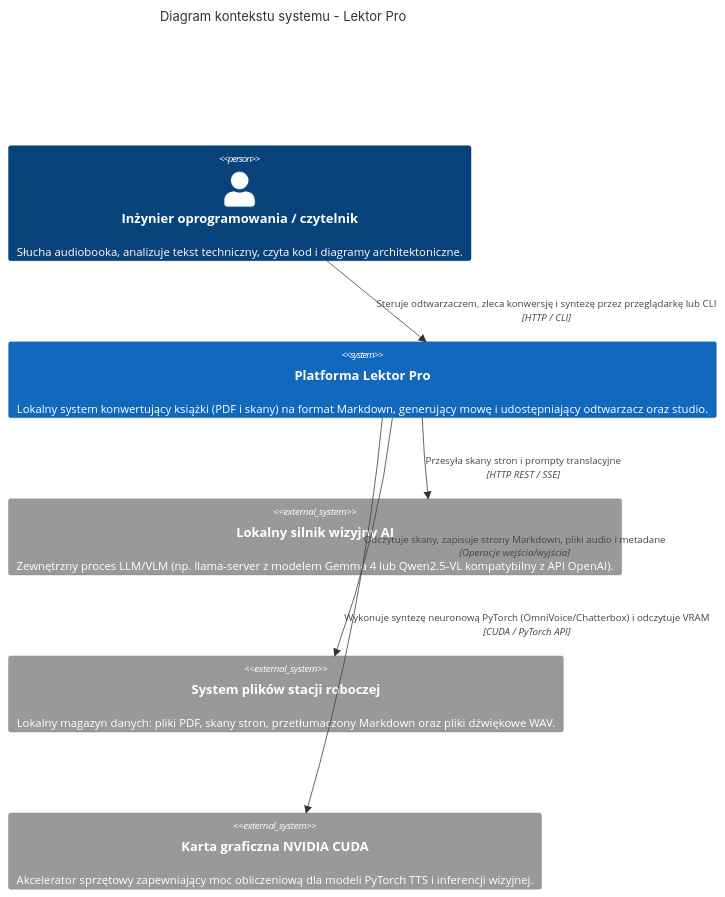
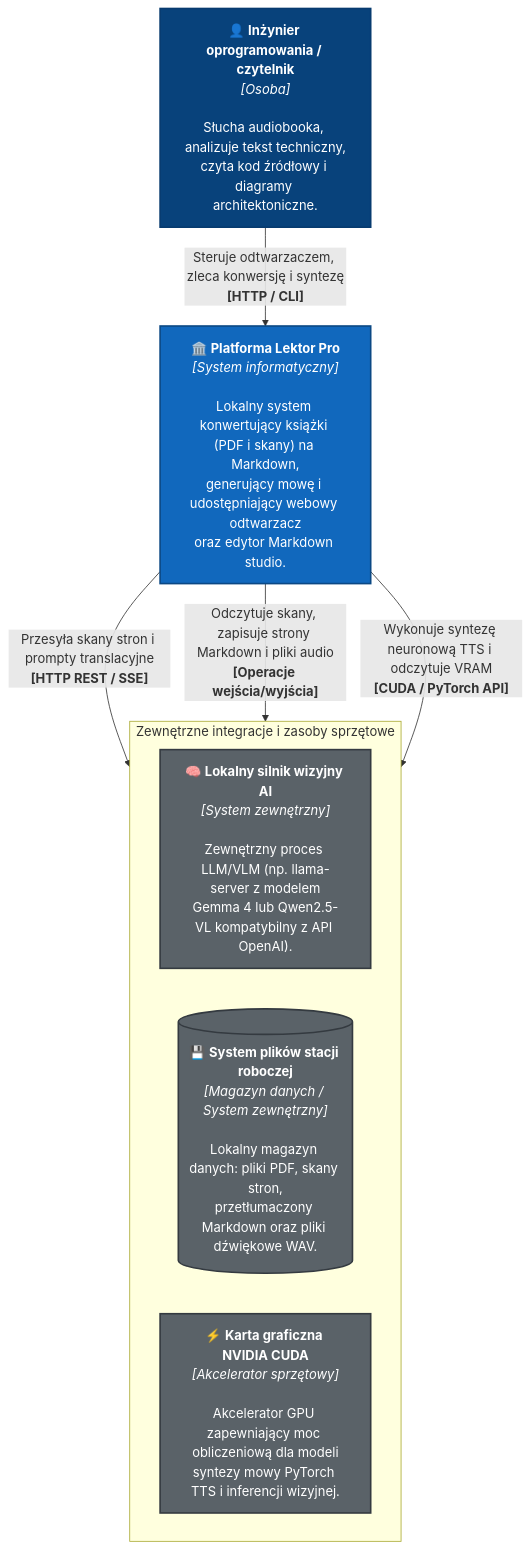
Before and after one commit to mateusz-kacpura/lektor-pro-book-to-audiobook: the diagram in docs/01-architecture/c4-model/01-system-context.pl.md, drawn with Mermaid. The commit also changed other lines of this file and 11 other files, not shown here.

Commit message:
fix(docs): repair Mermaid C4 and sequence diagram rendering across documentation

````diff
--- a/docs/01-architecture/c4-model/01-system-context.pl.md
+++ b/docs/01-architecture/c4-model/01-system-context.pl.md
@@ -7,18 +7,22 @@
 ```mermaid
-C4Context
-    title Diagram kontekstu systemu - Lektor Pro
+flowchart TB
+    classDef person fill:#08427b,stroke:#073b6f,color:#fff,stroke-width:2px;
+    classDef internalSystem fill:#1168bd,stroke:#0b4884,color:#fff,stroke-width:2px;
+    classDef externalSystem fill:#5a6268,stroke:#343a40,color:#fff,stroke-width:2px;
 
-    Person(user, "Inżynier oprogramowania / czytelnik", "Słucha audiobooka, analizuje tekst techniczny, czyta kod i diagramy architektoniczne.")
+    user["👤 <b>Inżynier oprogramowania / czytelnik</b><br/><i>[Osoba]</i><br/><br/>Słucha audiobooka, analizuje tekst techniczny,<br/>czyta kod źródłowy i diagramy architektoniczne."]:::person
 
-    System(lektor, "Platforma Lektor Pro", "Lokalny system konwertujący książki (PDF i skany) na format Markdown, generujący mowę i udostępniający odtwarzacz oraz studio.")
+    lektor["🏛️ <b>Platforma Lektor Pro</b><br/><i>[System informatyczny]</i><br/><br/>Lokalny system konwertujący książki (PDF i skany) na Markdown,<br/>generujący mowę i udostępniający webowy odtwarzacz<br/>oraz edytor Markdown studio."]:::internalSystem
 
-    System_Ext(visionServer, "Lokalny silnik wizyjny AI", "Zewnętrzny proces LLM/VLM (np. llama-server z modelem Gemma 4 lub Qwen2.5-VL kompatybilny z API OpenAI).")
-    System_Ext(filesystem, "System plików stacji roboczej", "Lokalny magazyn danych: pliki PDF, skany stron, przetłumaczony Markdown oraz pliki dźwiękowe WAV.")
-    System_Ext(cuda, "Karta graficzna NVIDIA CUDA", "Akcelerator sprzętowy zapewniający moc obliczeniową dla modeli PyTorch TTS i inferencji wizyjnej.")
+    subgraph ExternalBoundary [" Zewnętrzne integracje i zasoby sprzętowe "]
+        direction LR
+        visionServer["🧠 <b>Lokalny silnik wizyjny AI</b><br/><i>[System zewnętrzny]</i><br/><br/>Zewnętrzny proces LLM/VLM (np. llama-server z modelem<br/>Gemma 4 lub Qwen2.5-VL kompatybilny z API OpenAI)."]:::externalSystem
+        filesystem[("💾 <b>System plików stacji roboczej</b><br/><i>[Magazyn danych / System zewnętrzny]</i><br/><br/>Lokalny magazyn danych: pliki PDF, skany stron,<br/>przetłumaczony Markdown oraz pliki dźwiękowe WAV.")]:::externalSystem
+        cuda["⚡ <b>Karta graficzna NVIDIA CUDA</b><br/><i>[Akcelerator sprzętowy]</i><br/><br/>Akcelerator GPU zapewniający moc obliczeniową dla modeli<br/>syntezy mowy PyTorch TTS i inferencji wizyjnej."]:::externalSystem
+    end
 
-    Rel(user, lektor, "Steruje odtwarzaczem, zleca konwersję i syntezę przez przeglądarkę lub CLI", "HTTP / CLI")
-    Rel(lektor, filesystem, "Odczytuje skany, zapisuje strony Markdown, pliki audio i metadane", "Operacje wejścia/wyjścia")
-    Rel(lektor, visionServer, "Przesyła skany stron i prompty translacyjne", "HTTP REST / SSE")
-    Rel(lektor, cuda, "Wykonuje syntezę neuronową PyTorch (OmniVoice/Chatterbox) i odczytuje VRAM", "CUDA / PyTorch API")
-
+    user -->|"Steruje odtwarzaczem, zleca konwersję i syntezę<br/><b>[HTTP / CLI]</b>"| lektor
+    lektor -->|"Przesyła skany stron i prompty translacyjne<br/><b>[HTTP REST / SSE]</b>"| visionServer
+    lektor -->|"Odczytuje skany, zapisuje strony Markdown i pliki audio<br/><b>[Operacje wejścia/wyjścia]</b>"| filesystem
+    lektor -->|"Wykonuje syntezę neuronową TTS i odczytuje VRAM<br/><b>[CUDA / PyTorch API]</b>"| cuda
 ```
````
